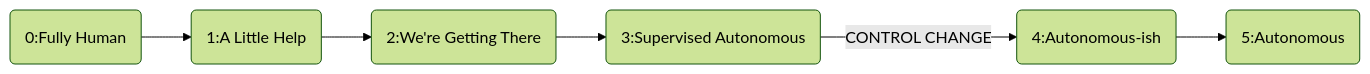
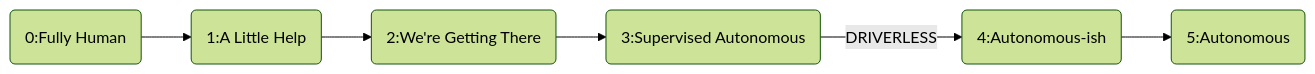
One commit to Grig84/ethics_fall2025 changed the diagram in _casestudy/00_index.md. Above: the diagram before and after it, drawn with Mermaid (forest theme). The commit also changed other lines of this file and 5 other files, not shown here.

````diff
--- a/_casestudy/00_index.md
+++ b/_casestudy/00_index.md
@@ -12,8 +12,8 @@
 ```mermaid
 graph LR
 0(0:Fully Human) --> 1(1:A Little Help);
 1 --> 2(2:We're Getting There);
 2 --> 3(3:Supervised Autonomous);
-3 -- CONTROL CHANGE --> 4(4:Autonomous-ish);
+3 -- DRIVERLESS --> 4(4:Autonomous-ish);
 4 --> 5(5:Autonomous);
 ```
````
